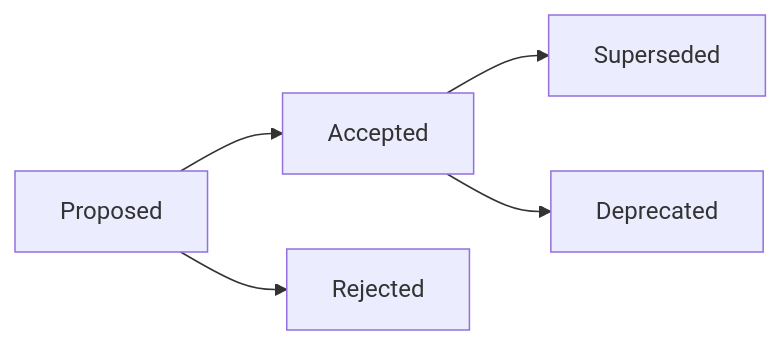
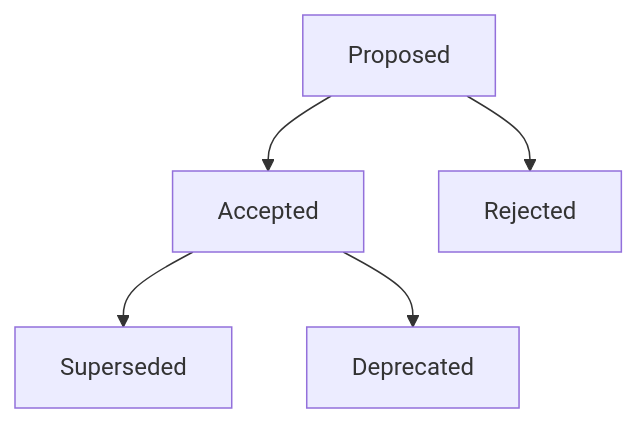
Before and after one commit to j4flmao/agent-skills: the diagram in skills/planning/create-adr/references/adr-best-practices.md, drawn with Mermaid. The commit also changed 423 other files, not shown here.

Commit message:
style: Intelligently adjust Mermaid graph orientation (TD vs LR) based on branching factor and subgraphs to optimize readability

````diff
--- a/skills/planning/create-adr/references/adr-best-practices.md
+++ b/skills/planning/create-adr/references/adr-best-practices.md
@@ -86,7 +86,7 @@
 ```mermaid
-flowchart LR
+flowchart TD
     Proposed --> Accepted
     Proposed --> Rejected
     Accepted --> Superseded
     Accepted --> Deprecated
 ```
````
